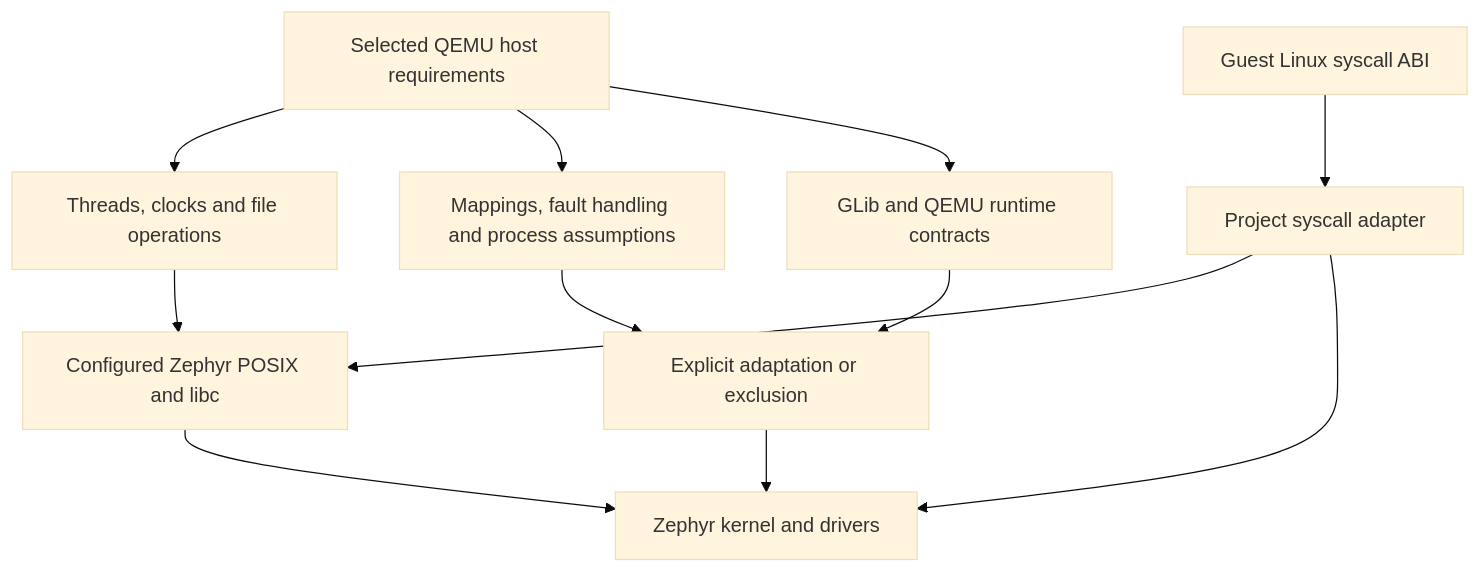
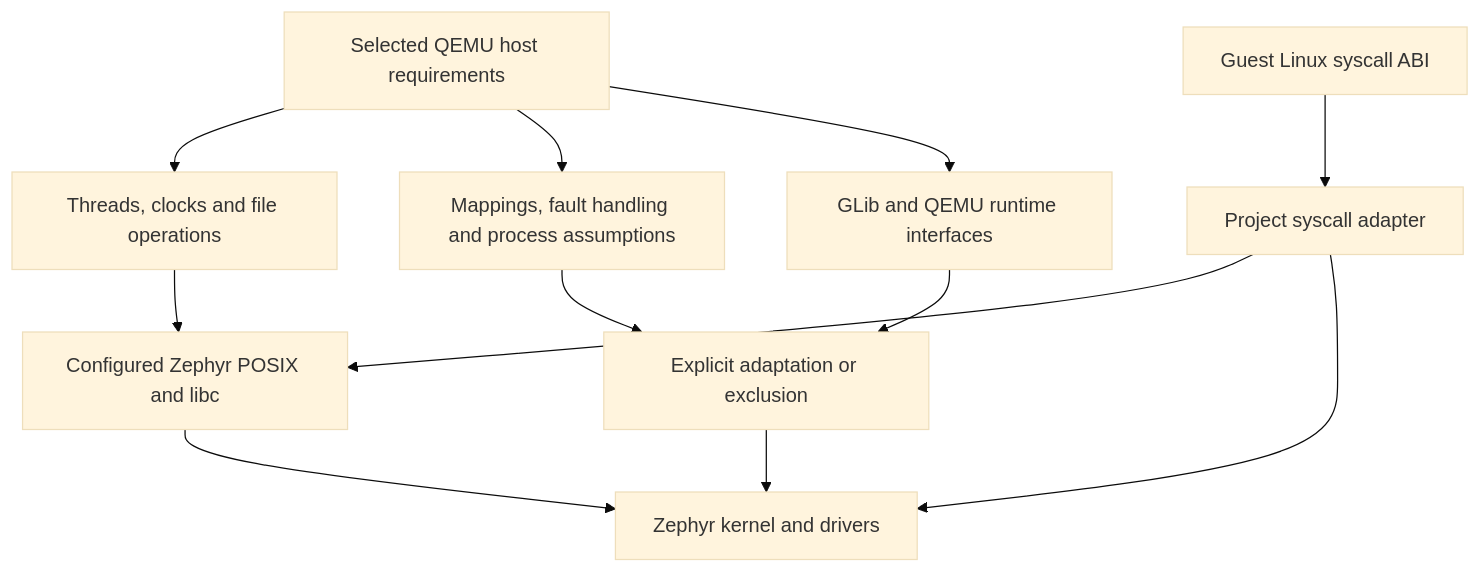
Before and after one commit to processmission/qemu-on-zephyr: the first of 2 diagrams in docs/paper.md, drawn with Mermaid (base theme). The commit also changed other lines of this file and 9 other files, not shown here.

````diff
--- a/docs/paper.md
+++ b/docs/paper.md
@@ -105,14 +105,14 @@
 ```mermaid
 flowchart TB
     qemu["Selected QEMU host requirements"] --> posix["Threads, clocks and file operations"]
     qemu --> semantic["Mappings, fault handling and process assumptions"]
-    qemu --> library["GLib and QEMU runtime contracts"]
+    qemu --> library["GLib and QEMU runtime interfaces"]
     posix --> zposix["Configured Zephyr POSIX and libc"]
     semantic --> port["Explicit adaptation or exclusion"]
     library --> port
     zposix --> kernel["Zephyr kernel and drivers"]
     port --> kernel
     guest["Guest Linux syscall ABI"] --> abi["Project syscall adapter"]
     abi --> zposix
     abi --> kernel
 ```
````
